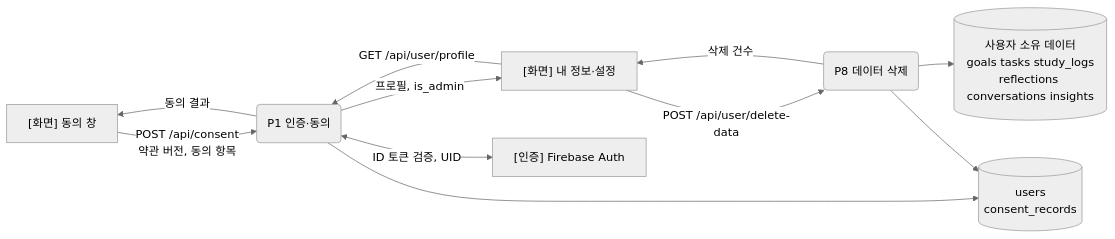
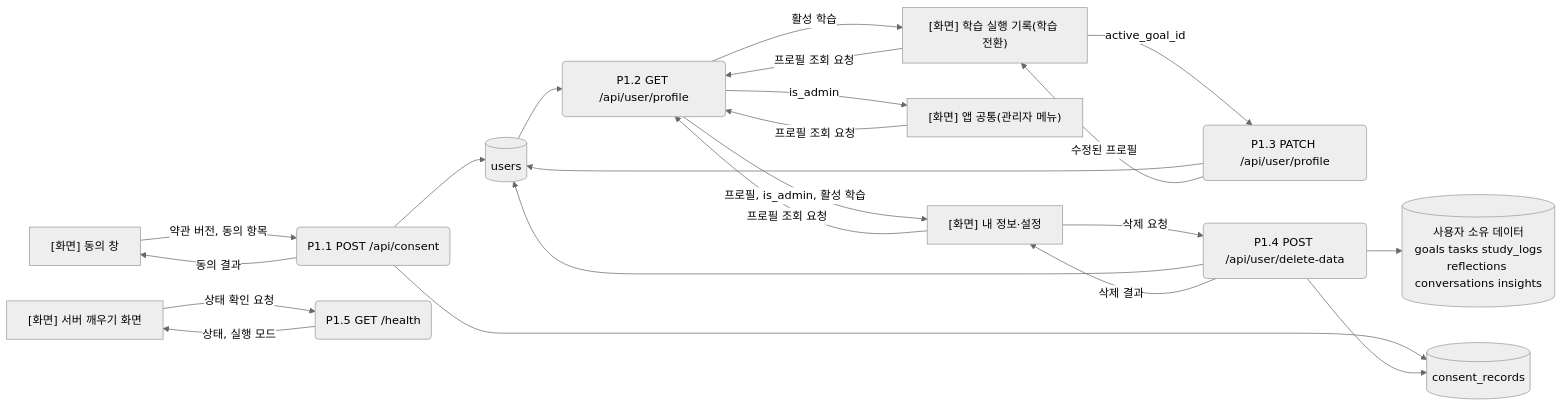
One commit to yong05610/ai-n-fprj changed the fourth of 12 diagrams in docs/architecture_dfd.md. Above: the diagram before and after it, drawn with Mermaid (neutral theme). The commit also changed other lines of this file, not shown here.

Commit message:
docs: DFD level 1 redrawn per API function (process per API), terminals are screens only, no terminal-terminal or terminal-store flows

````diff
--- a/docs/architecture_dfd.md
+++ b/docs/architecture_dfd.md
@@ -202,21 +152,38 @@
 ```mermaid
 flowchart LR
     S1["[화면] 동의 창"]
     S2["[화면] 내 정보·설정"]
-    F1["[인증] Firebase Auth"]
-    P1("P1 인증·동의")
-    P8("P8 데이터 삭제")
-    D1[("users<br/>consent_records")]
-    DX[("사용자 소유 데이터<br/>goals tasks study_logs<br/>reflections conversations insights")]
+    S3["[화면] 앱 공통(관리자 메뉴)"]
+    S4["[화면] 학습 실행 기록(학습 전환)"]
+    S5["[화면] 서버 깨우기 화면"]
+    P11("P1.1 POST /api/consent")
+    P12("P1.2 GET /api/user/profile")
+    P13("P1.3 PATCH /api/user/profile")
+    P14("P1.4 POST /api/user/delete-data")
+    P15("P1.5 GET /health")
+    DU[("users")]
+    DC[("consent_records")]
+    DO[("사용자 소유 데이터<br/>goals tasks study_logs<br/>reflections conversations insights")]
 
-    S1 -->|"POST /api/consent<br/>약관 버전, 동의 항목"| P1
-    P1 -->|"동의 결과"| S1
-    S2 -->|"GET /api/user/profile"| P1
-    P1 -->|"프로필, is_admin"| S2
-    P1 <-->|"ID 토큰 검증, UID"| F1
-    P1 --> D1
-    S2 -->|"POST /api/user/delete-data"| P8
-    P8 -->|"삭제 건수"| S2
-    P8 --> DX
-    P8 --> D1
+    S1 -->|"약관 버전, 동의 항목"| P11
+    P11 -->|"동의 결과"| S1
+    P11 --> DU
+    P11 --> DC
+    S2 -->|"프로필 조회 요청"| P12
+    S3 -->|"프로필 조회 요청"| P12
+    S4 -->|"프로필 조회 요청"| P12
+    DU --> P12
+    P12 -->|"프로필, is_admin, 활성 학습"| S2
+    P12 -->|"is_admin"| S3
+    P12 -->|"활성 학습"| S4
+    S4 -->|"active_goal_id"| P13
+    P13 --> DU
+    P13 -->|"수정된 프로필"| S4
+    S2 -->|"삭제 요청"| P14
+    P14 --> DU
+    P14 --> DC
+    P14 --> DO
+    P14 -->|"삭제 결과"| S2
+    S5 -->|"상태 확인 요청"| P15
+    P15 -->|"상태, 실행 모드"| S5
 ```
````
